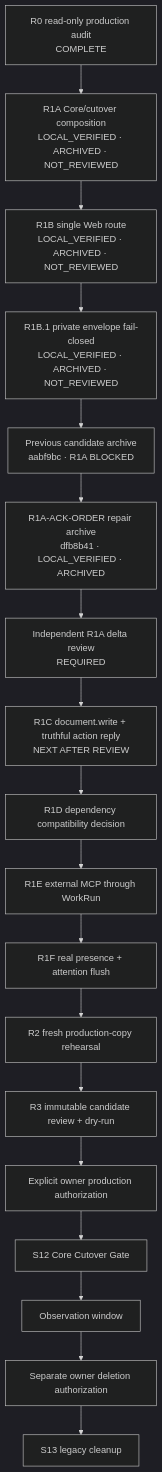
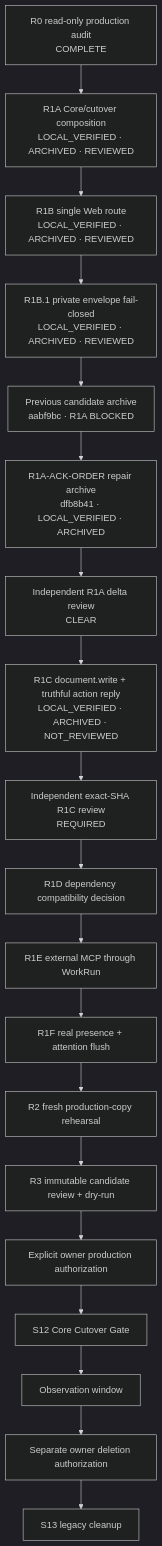
One commit to F-crystal/ran-agent changed the diagram in docs/governance/s12-readiness-topology.md. Above: the diagram before and after it, drawn with Mermaid (dark theme). The commit also changed other lines of this file and 11 other files, not shown here.

````diff
--- a/docs/governance/s12-readiness-topology.md
+++ b/docs/governance/s12-readiness-topology.md
@@ -39,20 +39,21 @@
 ```mermaid
 flowchart TD
-    R0["R0 read-only production audit<br/>COMPLETE"] --> R1A["R1A Core/cutover composition<br/>LOCAL_VERIFIED · ARCHIVED · NOT_REVIEWED"]
-    R1A --> R1B["R1B single Web route<br/>LOCAL_VERIFIED · ARCHIVED · NOT_REVIEWED"]
-    R1B --> R1B1["R1B.1 private envelope fail-closed<br/>LOCAL_VERIFIED · ARCHIVED · NOT_REVIEWED"]
+    R0["R0 read-only production audit<br/>COMPLETE"] --> R1A["R1A Core/cutover composition<br/>LOCAL_VERIFIED · ARCHIVED · REVIEWED"]
+    R1A --> R1B["R1B single Web route<br/>LOCAL_VERIFIED · ARCHIVED · REVIEWED"]
+    R1B --> R1B1["R1B.1 private envelope fail-closed<br/>LOCAL_VERIFIED · ARCHIVED · REVIEWED"]
     R1B1 --> RA["Previous candidate archive<br/>aabf9bc · R1A BLOCKED"]
     RA --> RF["R1A-ACK-ORDER repair archive<br/>dfb8b41 · LOCAL_VERIFIED · ARCHIVED"]
-    RF --> RI["Independent R1A delta review<br/>REQUIRED"]
-    RI --> R1C["R1C document.write + truthful action reply<br/>NEXT AFTER REVIEW"]
-    R1C --> R1D["R1D dependency compatibility decision"]
+    RF --> RI["Independent R1A delta review<br/>CLEAR"]
+    RI --> R1C["R1C document.write + truthful action reply<br/>LOCAL_VERIFIED · ARCHIVED · NOT_REVIEWED"]
+    R1C --> RC["Independent exact-SHA R1C review<br/>REQUIRED"]
+    RC --> R1D["R1D dependency compatibility decision"]
     R1D --> R1E["R1E external MCP through WorkRun"]
     R1E --> R1F["R1F real presence + attention flush"]
     R1F --> R2["R2 fresh production-copy rehearsal"]
     R2 --> R3["R3 immutable candidate review + dry-run"]
     R3 --> OA["Explicit owner production authorization"]
     OA --> S12["S12 Core Cutover Gate"]
     S12 --> OBS["Observation window"]
     OBS --> DA["Separate owner deletion authorization"]
     DA --> S13["S13 legacy cleanup"]
 ```
````
